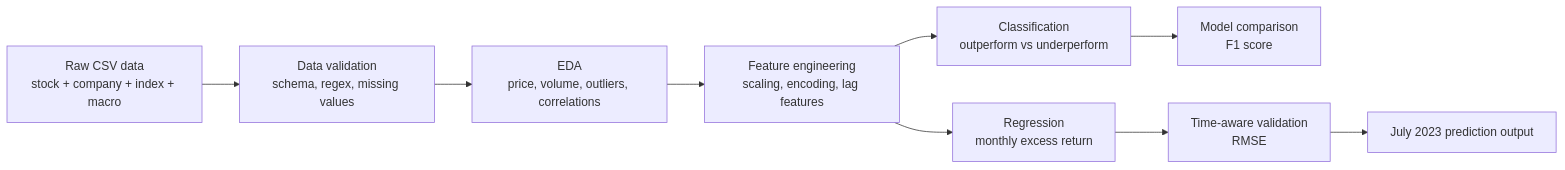
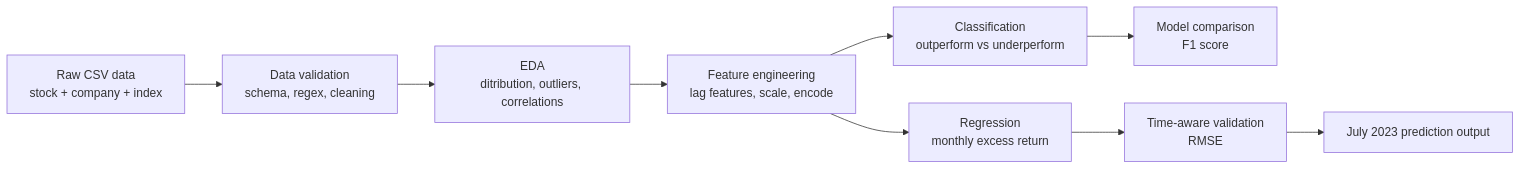
The diagram in README.md (miqbal-id27/index-return-prediction), drawn with Mermaid before and after one commit. The commit also changed other lines of this file, not shown here.

````diff
--- a/README.md
+++ b/README.md
@@ -30,11 +24,11 @@
 ```mermaid
 flowchart LR
-    A[Raw CSV data<br/>stock + company + index + macro] --> B[Data validation<br/>schema, regex, missing values]
-    B --> C[EDA<br/>price, volume, outliers, correlations]
-    C --> D[Feature engineering<br/>scaling, encoding, lag features]
+    A[Raw CSV data<br/>stock + company + index] --> B[Data validation<br/>schema, regex, cleaning]
+    B --> C[EDA<br/>ditribution, outliers, correlations]
+    C --> D[Feature engineering<br/>lag features, scale, encode]
     D --> E[Classification<br/>outperform vs underperform]
     D --> F[Regression<br/>monthly excess return]
     E --> G[Model comparison<br/>F1 score]
     F --> H[Time-aware validation<br/>RMSE]
     H --> I[July 2023 prediction output]
 ```
````
